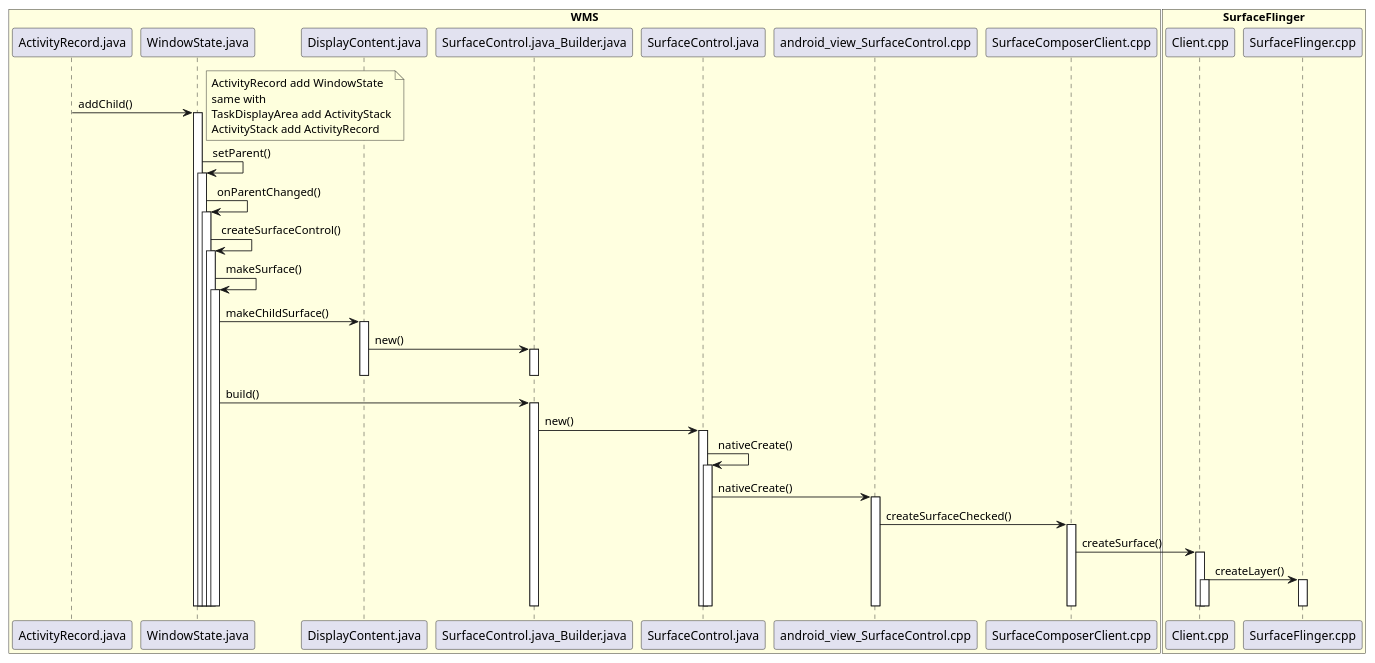
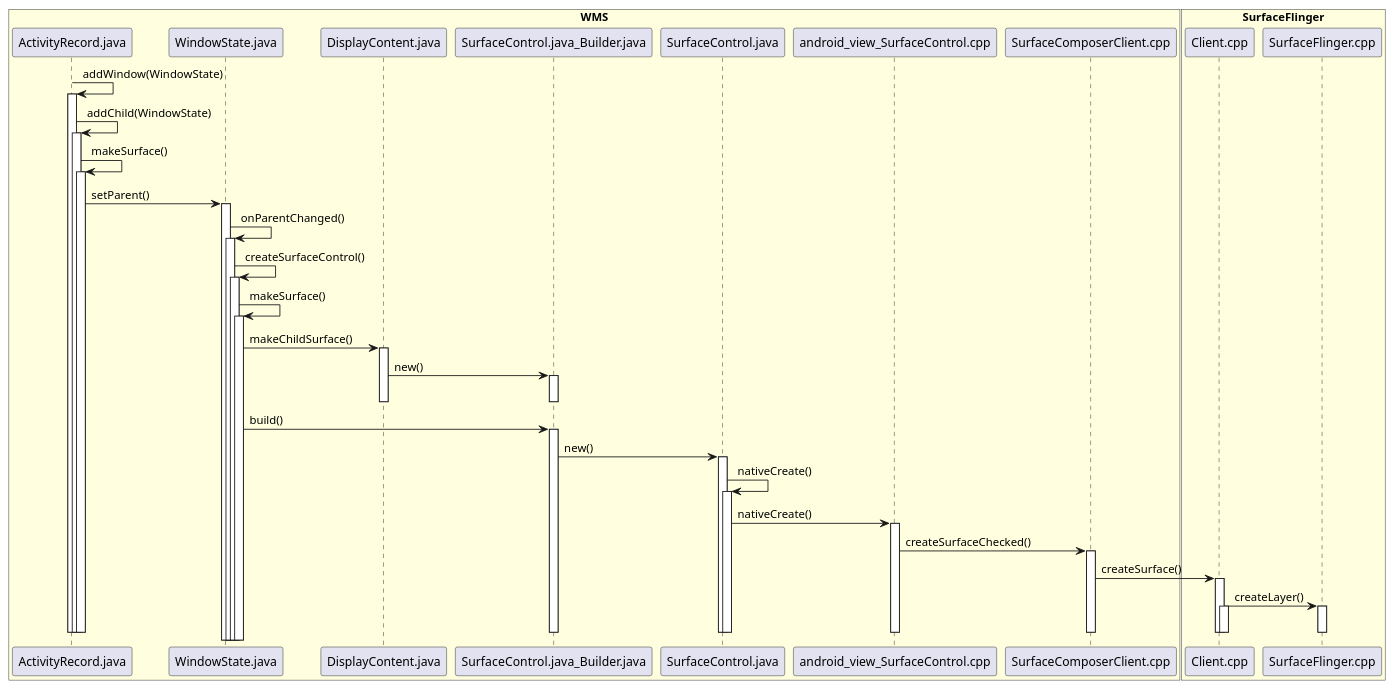
One commit to javalive09/UML changed the diagram in android11/addwindow/AddWindow_2.1.2.0.puml. Above: the diagram before and after it, drawn with PlantUML. The commit also changed 17 other files, not shown here.

Commit message:
update android11 uml

```diff
--- a/android11/addwindow/AddWindow_2.1.2.0.puml
+++ b/android11/addwindow/AddWindow_2.1.2.0.puml
@@ -1,75 +1,72 @@
 @startuml
 
 box "WMS" #LightYellow
 participant ActivityRecord.java
 participant WindowState.java
 participant DisplayContent.java
 participant SurfaceControl.java_Builder.java
 participant SurfaceControl.java
 participant android_view_SurfaceControl.cpp
 participant SurfaceComposerClient.cpp
 end box
 
 box "SurfaceFlinger" #LightYellow
 participant Client.cpp
 participant SurfaceFlinger.cpp
 end box
 
-ActivityRecord.java -> WindowState.java: addChild()
-activate WindowState.java
-
-note right
-ActivityRecord add WindowState
-same with
-TaskDisplayArea add ActivityStack
-ActivityStack add ActivityRecord
-end note
-WindowState.java -> WindowState.java: setParent()
+ActivityRecord.java -> ActivityRecord.java: addWindow(WindowState)
+activate ActivityRecord.java
+ActivityRecord.java -> ActivityRecord.java: addChild(WindowState)
+activate ActivityRecord.java
+ActivityRecord.java -> ActivityRecord.java: makeSurface()
+activate ActivityRecord.java
+ActivityRecord.java -> WindowState.java: setParent()
 activate WindowState.java
 WindowState.java -> WindowState.java: onParentChanged()
 activate WindowState.java
 WindowState.java -> WindowState.java: createSurfaceControl()
 activate WindowState.java
 WindowState.java -> WindowState.java: makeSurface()
 activate WindowState.java
 WindowState.java -> DisplayContent.java: makeChildSurface()
 activate DisplayContent.java
 DisplayContent.java -> SurfaceControl.java_Builder.java: new()
 activate SurfaceControl.java_Builder.java
 deactivate SurfaceControl.java_Builder.java
 deactivate DisplayContent.java
 WindowState.java -> SurfaceControl.java_Builder.java: build()
 activate SurfaceControl.java_Builder.java
 SurfaceControl.java_Builder.java -> SurfaceControl.java: new()
 activate SurfaceControl.java
 SurfaceControl.java -> SurfaceControl.java: nativeCreate()
 activate SurfaceControl.java
 SurfaceControl.java -> android_view_SurfaceControl.cpp: nativeCreate()
 activate android_view_SurfaceControl.cpp
 android_view_SurfaceControl.cpp -> SurfaceComposerClient.cpp: createSurfaceChecked()
 activate SurfaceComposerClient.cpp
 SurfaceComposerClient.cpp -> Client.cpp: createSurface()
 activate Client.cpp
 Client.cpp -> SurfaceFlinger.cpp: createLayer()
 activate SurfaceFlinger.cpp
 activate Client.cpp
 
 deactivate Client.cpp
 deactivate Client.cpp
 deactivate SurfaceFlinger.cpp
 
 deactivate android_view_SurfaceControl.cpp
 deactivate SurfaceComposerClient.cpp
 deactivate SurfaceControl.java
 deactivate SurfaceControl.java
 deactivate SurfaceControl.java_Builder.java
-deactivate WindowState.java
-deactivate WindowState.java
-deactivate WindowState.java
-deactivate WindowState.java
-deactivate WindowState.java
+deactivate ActivityRecord.java
+deactivate ActivityRecord.java
+deactivate ActivityRecord.java
+deactivate ActivityRecord.java
+deactivate ActivityRecord.java
 deactivate ActivityRecord.java
 
 
 
 @enduml
```
